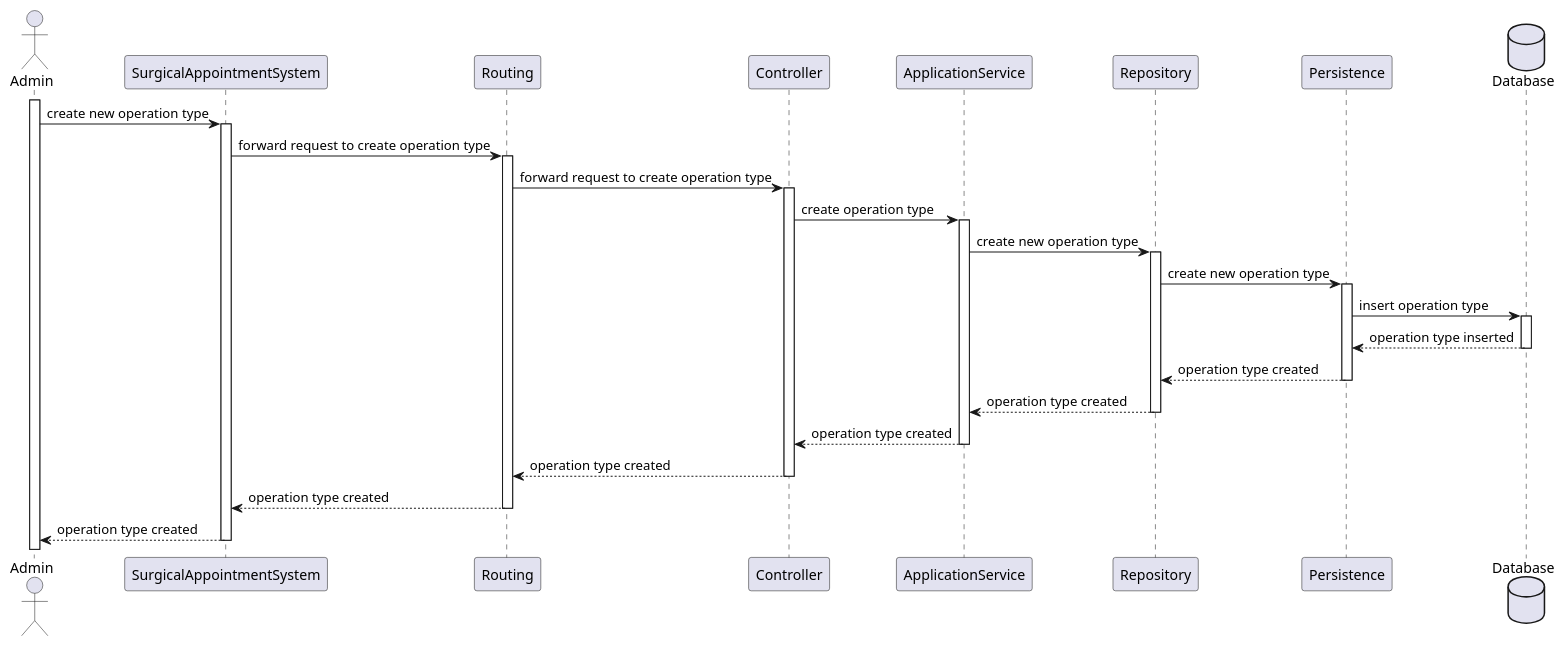
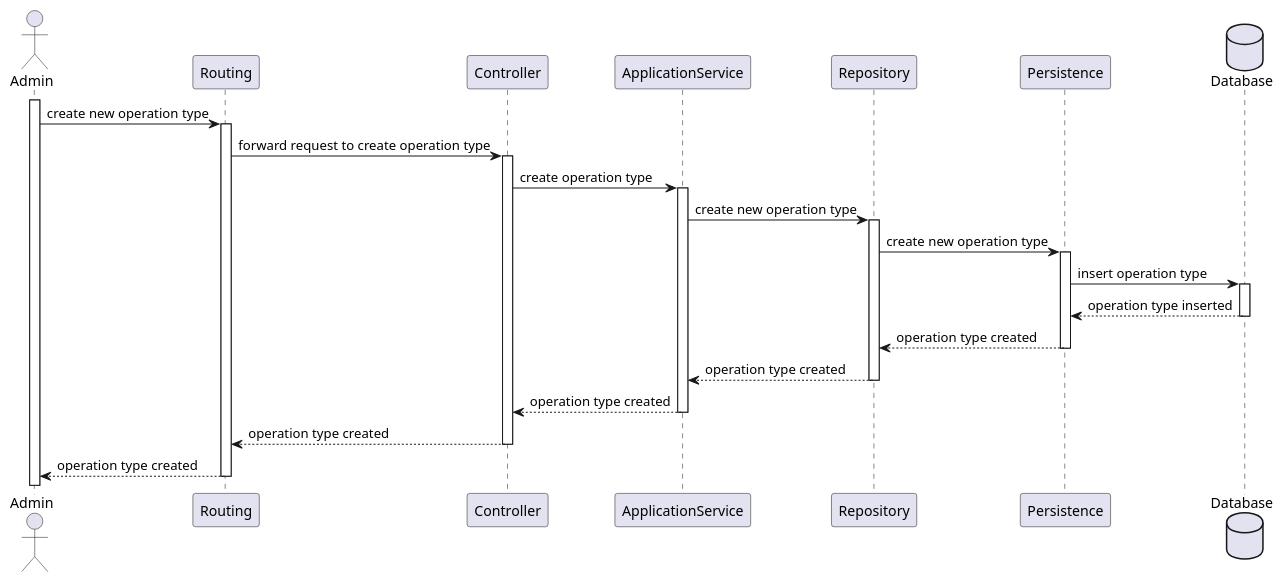
Before and after one commit to MateusCabral2004/sem5pi: the diagram in docs/Sprint 1/US 5.1.20/SequenceDiagram/Level3/SequenceDiagram.puml, drawn with PlantUML. The commit also changed 6 other files, not shown here.

Commit message:
Small update to the diagrams

```diff
--- a/docs/Sprint 1/US 5.1.20/SequenceDiagram/Level3/SequenceDiagram.puml
+++ b/docs/Sprint 1/US 5.1.20/SequenceDiagram/Level3/SequenceDiagram.puml
@@ -1,51 +1,45 @@
 @startuml
 actor Admin
-participant SurgicalAppointmentSystem
 participant Routing
 participant Controller
 participant ApplicationService
 participant Repository
 participant Persistence
 database Database
 
 activate Admin
-Admin -> SurgicalAppointmentSystem: create new operation type
-activate SurgicalAppointmentSystem
+Admin -> Routing: create new operation type
+activate Routing
 
-SurgicalAppointmentSystem -> Routing: forward request to create operation type
-activate Routing
 Routing -> Controller: forward request to create operation type
 activate Controller
 
 Controller -> ApplicationService: create operation type
 activate ApplicationService
 
 ApplicationService -> Repository: create new operation type
 activate Repository
+
 Repository -> Persistence: create new operation type
 activate Persistence
 
 Persistence -> Database: insert operation type
 activate Database
 Database --> Persistence: operation type inserted
 deactivate Database
 
 Persistence --> Repository: operation type created
 deactivate Persistence
 
 Repository --> ApplicationService: operation type created
 deactivate Repository
 
 ApplicationService --> Controller: operation type created
 deactivate ApplicationService
 
 Controller --> Routing: operation type created
 deactivate Controller
 
-Routing --> SurgicalAppointmentSystem: operation type created
+Routing --> Admin: operation type created
 deactivate Routing
-
-SurgicalAppointmentSystem --> Admin: operation type created
-
-deactivate SurgicalAppointmentSystem
 @enduml
```
